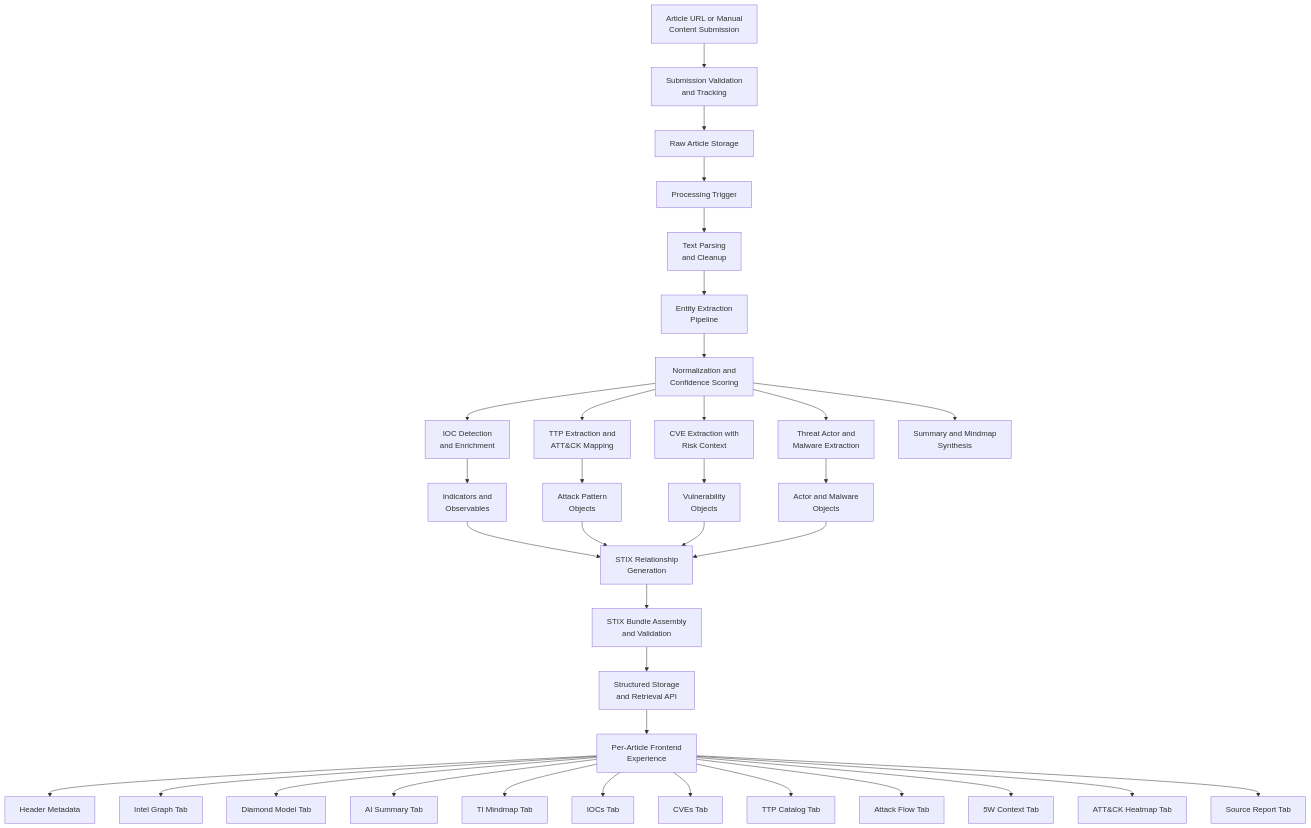
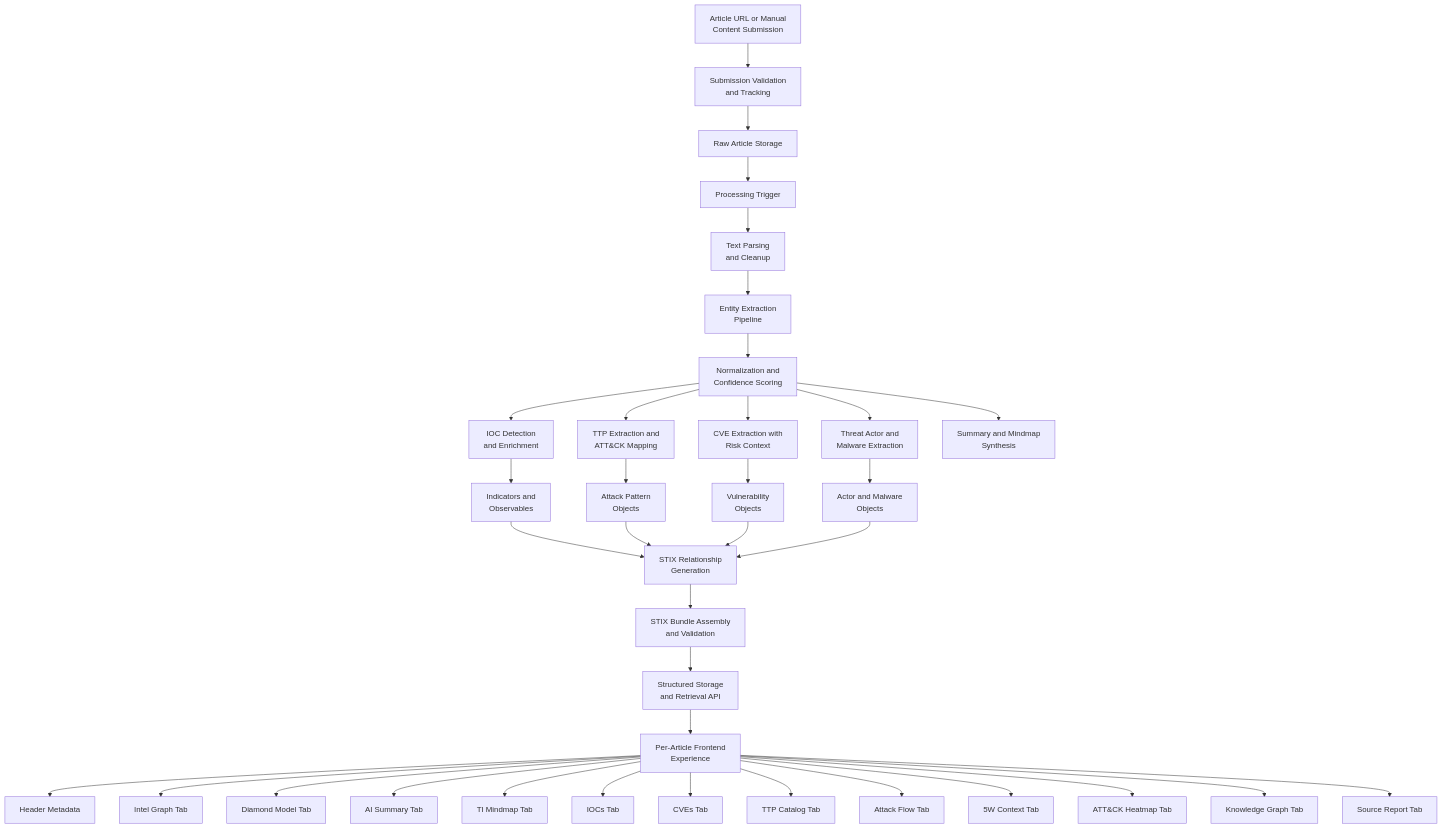
Before and after one commit to TI-Mindmap-HUB-Org/ti-mindmap-hub-research: the second of 2 diagrams in docs/concepts/index.md, drawn with Mermaid. The commit also changed other lines of this file and 42 other files, not shown here.

First line of the commit message:
Add comprehensive documentation for using the TI Mindmap HUB platform

````diff
--- a/docs/concepts/index.md
+++ b/docs/concepts/index.md
@@ -60,37 +60,38 @@
 ```mermaid
 flowchart TD
     A1[Article URL or Manual<br/>Content Submission] --> A2[Submission Validation<br/>and Tracking]
     A2 --> A3[Raw Article Storage]
     A3 --> A4[Processing Trigger]
     A4 --> B1[Text Parsing<br/>and Cleanup]
     B1 --> B2[Entity Extraction<br/>Pipeline]
     B2 --> B3[Normalization and<br/>Confidence Scoring]
     B3 --> C1[IOC Detection<br/>and Enrichment]
     B3 --> C2[TTP Extraction and<br/>ATT&CK Mapping]
     B3 --> C3[CVE Extraction with<br/>Risk Context]
     B3 --> C4[Threat Actor and<br/>Malware Extraction]
     B3 --> C5[Summary and Mindmap<br/>Synthesis]
     C1 --> D1[Indicators and<br/>Observables]
     C2 --> D2[Attack Pattern<br/>Objects]
     C3 --> D3[Vulnerability<br/>Objects]
     C4 --> D4[Actor and Malware<br/>Objects]
     D1 --> E1[STIX Relationship<br/>Generation]
     D2 --> E1
     D3 --> E1
     D4 --> E1
     E1 --> E2[STIX Bundle Assembly<br/>and Validation]
     E2 --> E3[Structured Storage<br/>and Retrieval API]
     E3 --> F0[Per-Article Frontend<br/>Experience]
     F0 --> F1[Header Metadata]
     F0 --> F2[Intel Graph Tab]
     F0 --> F3[Diamond Model Tab]
     F0 --> F4[AI Summary Tab]
     F0 --> F5[TI Mindmap Tab]
     F0 --> F6[IOCs Tab]
     F0 --> F7[CVEs Tab]
     F0 --> F8[TTP Catalog Tab]
     F0 --> F9[Attack Flow Tab]
     F0 --> F10[5W Context Tab]
     F0 --> F11[ATT&CK Heatmap Tab]
+    F0 --> F13[Knowledge Graph Tab]
     F0 --> F12[Source Report Tab]
 ```
````
